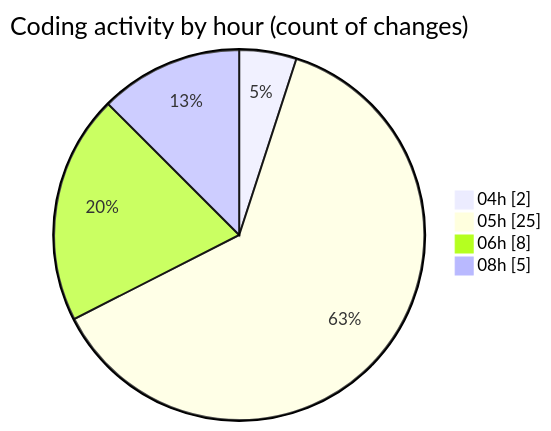
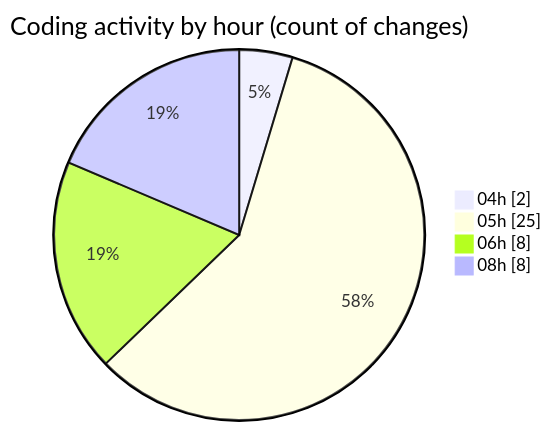
One commit to 3Nya3/code-tracking changed the second of 2 diagrams in 2024-12-31/nyah/README.md. Above: the diagram before and after it, drawn with Mermaid. The commit also changed other lines of this file and 1 other file, not shown here.

````diff
--- a/2024-12-31/nyah/README.md
+++ b/2024-12-31/nyah/README.md
@@ -32,8 +32,8 @@
 ```mermaid
 pie showData
 title Coding activity by hour (count of changes)
 "04h" : 2
 "05h" : 25
 "06h" : 8
-"08h" : 5
+"08h" : 8
 ```
````
